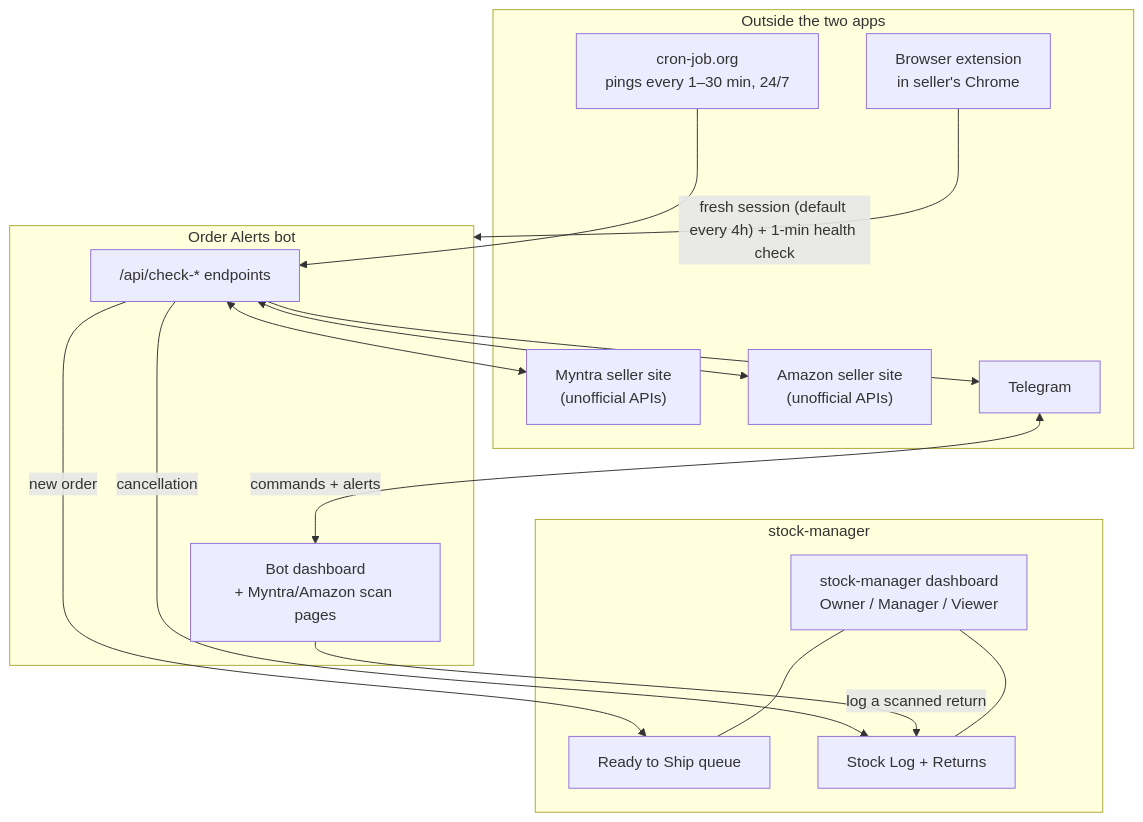
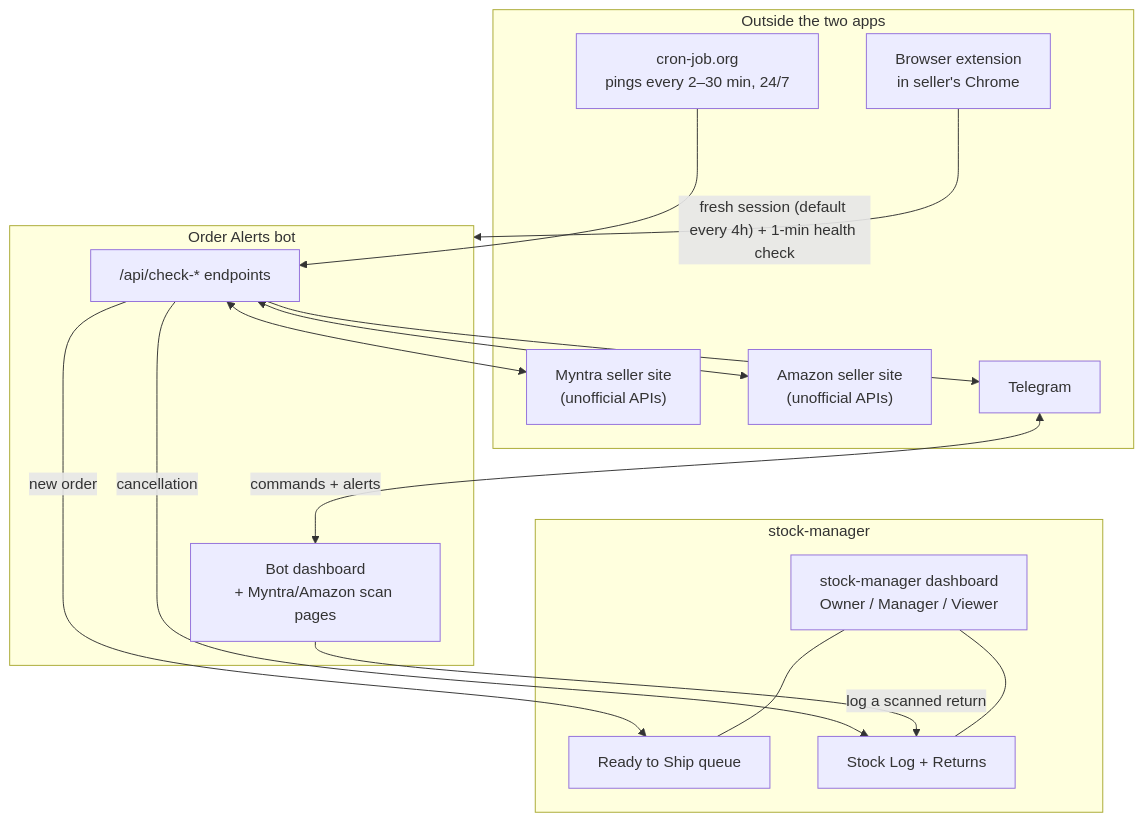
Before and after one commit to gauravjain231120/stock-manager: the first of 6 diagrams in ARCHITECTURE.md, drawn with Mermaid. The commit also changed other lines of this file, not shown here.

Commit message:
Docs: sync ARCHITECTURE.md (Myntra orders every 2 min)

````diff
--- a/ARCHITECTURE.md
+++ b/ARCHITECTURE.md
@@ -37,33 +37,33 @@
 ```mermaid
 flowchart TD
   subgraph OUT["Outside the two apps"]
-    CRONJOB["cron-job.org<br/>pings every 1–30 min, 24/7"]
+    CRONJOB["cron-job.org<br/>pings every 2–30 min, 24/7"]
     MYNTRA["Myntra seller site<br/>(unofficial APIs)"]
     AMAZON["Amazon seller site<br/>(unofficial APIs)"]
     TELE["Telegram"]
     EXT["Browser extension<br/>in seller's Chrome"]
   end
 
   subgraph BOTAPP["Order Alerts bot"]
     CHECKS["/api/check-* endpoints"]
     BOTDASH["Bot dashboard<br/>+ Myntra/Amazon scan pages"]
   end
 
   subgraph SMAPP["stock-manager"]
     QUEUE["Ready to Ship queue"]
     LOG["Stock Log + Returns"]
     SMDASH["stock-manager dashboard<br/>Owner / Manager / Viewer"]
   end
 
   CRONJOB --> CHECKS
   CHECKS <--> MYNTRA
   CHECKS <--> AMAZON
   CHECKS --> TELE
   CHECKS -->|"new order"| QUEUE
   CHECKS -->|"cancellation"| LOG
   EXT -->|"fresh session (default every 4h) + 1-min health check"| BOTAPP
   BOTDASH -->|"log a scanned return"| LOG
   TELE <-->|"commands + alerts"| BOTDASH
   SMDASH --- QUEUE
   SMDASH --- LOG
 ```
````
